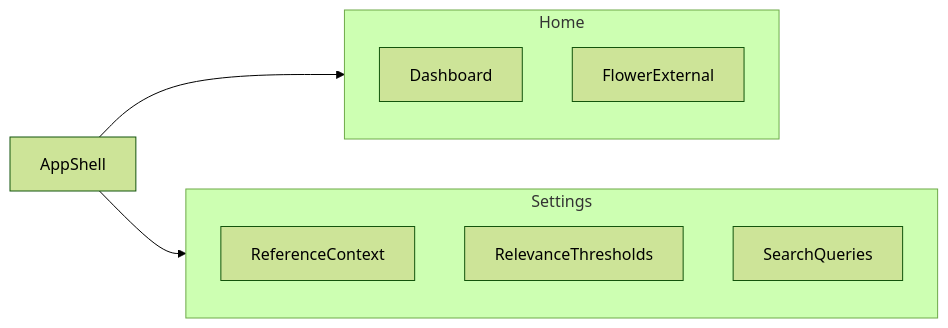
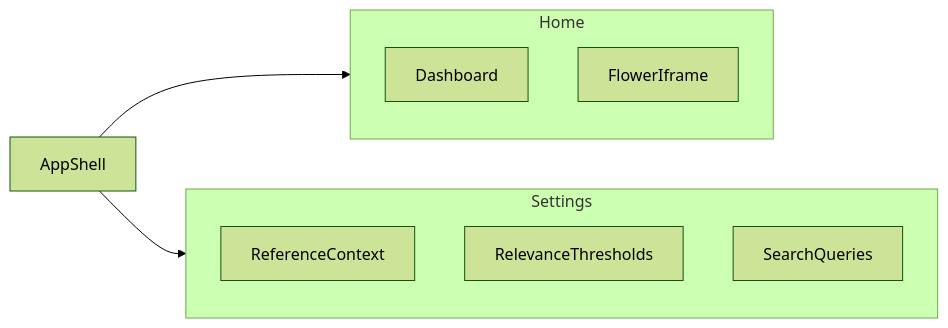
One commit to joposcragent/specifications changed the diagram in front/README.md. Above: the diagram before and after it, drawn with Mermaid (forest theme). The commit also changed other lines of this file and 7 other files, not shown here.

````diff
--- a/front/README.md
+++ b/front/README.md
@@ -27,14 +27,14 @@
 ```mermaid
 flowchart LR
   subgraph home [Home]
     dash[Dashboard]
-    orch[FlowerExternal]
+    orch[FlowerIframe]
   end
   subgraph settings [Settings]
     ref[ReferenceContext]
     thr[RelevanceThresholds]
     sq[SearchQueries]
   end
   shell[AppShell] --> home
   shell --> settings
 ```
````
